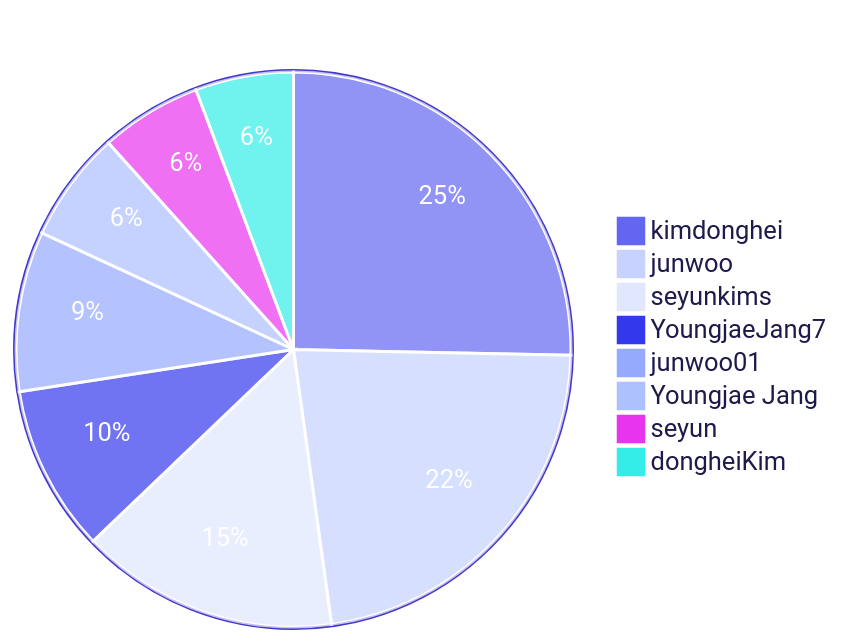
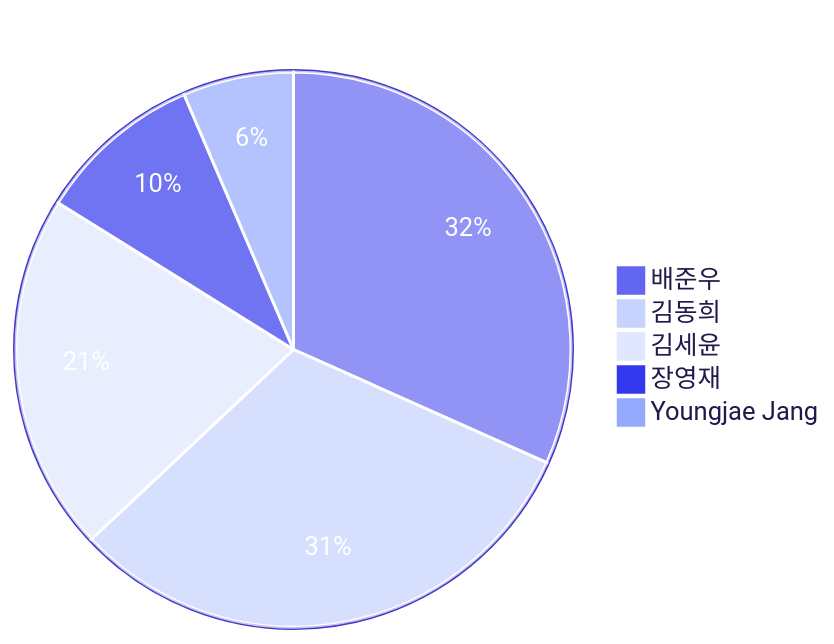
Before and after one commit to 3rd-project-team-1/ALYAC-market-team1: the third of 4 diagrams in README.md, drawn with Mermaid. The commit also changed other lines of this file, not shown here.

Commit message:
docs: 커밋 활동 차트 자동 업데이트 [skip ci]

````diff
--- a/README.md
+++ b/README.md
@@ -414,21 +414,18 @@
 ```mermaid
 %%{init: { 'theme': 'base', 'themeVariables': {
   'primaryColor': '#6366f1',
   'primaryTextColor': '#ffffff',
   'primaryBorderColor': '#4338ca',
   'secondaryColor': '#c7d2fe',
   'tertiaryColor': '#e0e7ff',
   'pieLegendTextColor': '#1e1b4b',
   'pieStrokeColor': '#ffffff',
   'pieOuterStrokeColor': '#4338ca'
 } } }%%
 pie title 기여자별 커밋 수
-  "kimdonghei" : 133
-  "junwoo" : 118
-  "seyunkims" : 79
-  "YoungjaeJang7" : 51
-  "junwoo01" : 49
+  "배준우" : 167
+  "김동희" : 165
+  "김세윤" : 110
+  "장영재" : 51
   "Youngjae Jang" : 34
-  "seyun" : 31
-  "dongheiKim" : 30
 ```
````
